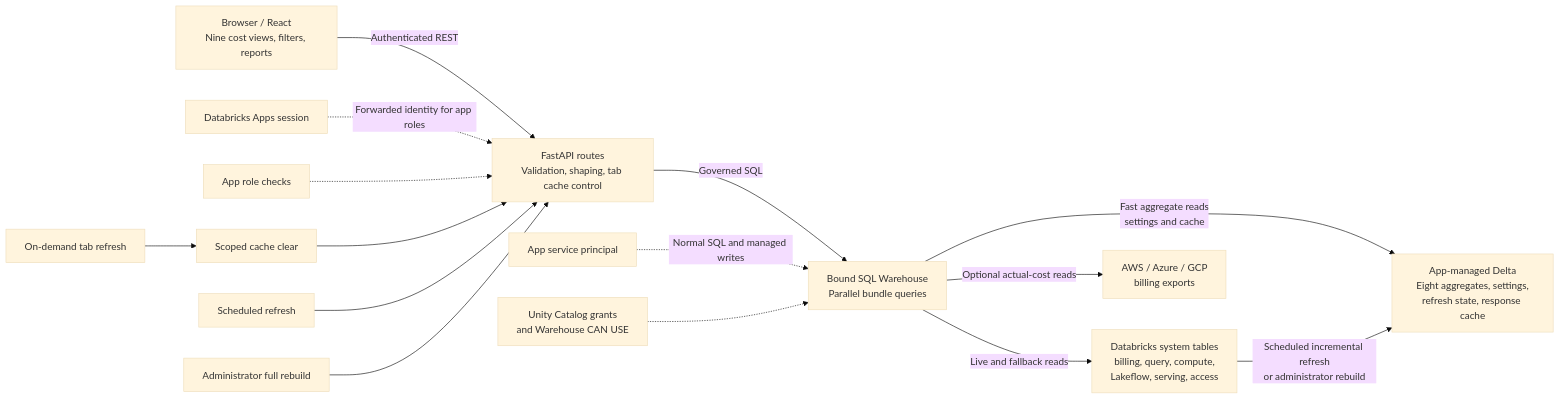
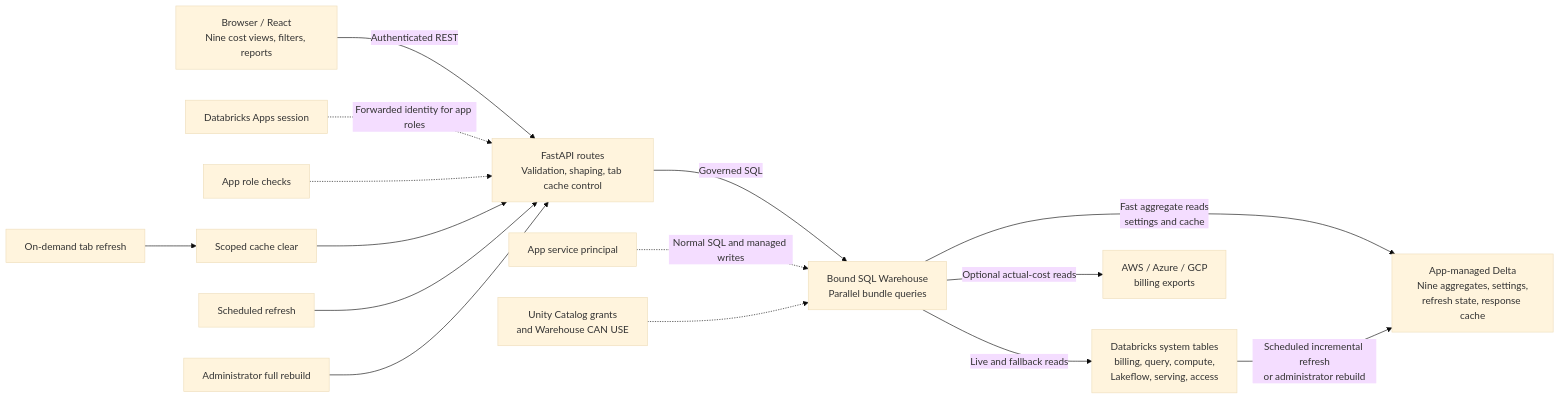
Before and after one commit to smathews13/cost-obs-databricks: the diagram in README.md, drawn with Mermaid (base theme). The commit also changed other lines of this file and 68 other files, not shown here.

````diff
--- a/README.md
+++ b/README.md
@@ -376,18 +376,18 @@
 ```mermaid
 flowchart LR
     Browser["Browser / React<br/>Nine cost views, filters, reports"] -->|Authenticated REST| API["FastAPI routes<br/>Validation, shaping, tab cache control"]
     API -->|Governed SQL| Warehouse["Bound SQL Warehouse<br/>Parallel bundle queries"]
-    Warehouse -->|Fast aggregate reads<br/>settings and cache| Delta["App-managed Delta<br/>Eight aggregates, settings,<br/>refresh state, response cache"]
+    Warehouse -->|Fast aggregate reads<br/>settings and cache| Delta["App-managed Delta<br/>Nine aggregates, settings,<br/>refresh state, response cache"]
     Warehouse -->|Live and fallback reads| System["Databricks system tables<br/>billing, query, compute,<br/>Lakeflow, serving, access"]
     Warehouse -->|Optional actual-cost reads| Cloud["AWS / Azure / GCP<br/>billing exports"]
     System -->|Scheduled incremental refresh<br/>or administrator rebuild| Delta
 
     Session["Databricks Apps session"] -.->|Forwarded identity for app roles| API
     Role["App role checks"] -.-> API
     Principal["App service principal"] -.->|Normal SQL and managed writes| Warehouse
     Governance["Unity Catalog grants<br/>and Warehouse CAN USE"] -.-> Warehouse
 
     TabRefresh["On-demand tab refresh"] --> CacheClear["Scoped cache clear"] --> API
     Scheduler["Scheduled refresh"] --> API
     AdminRebuild["Administrator full rebuild"] --> API
 ```
````
